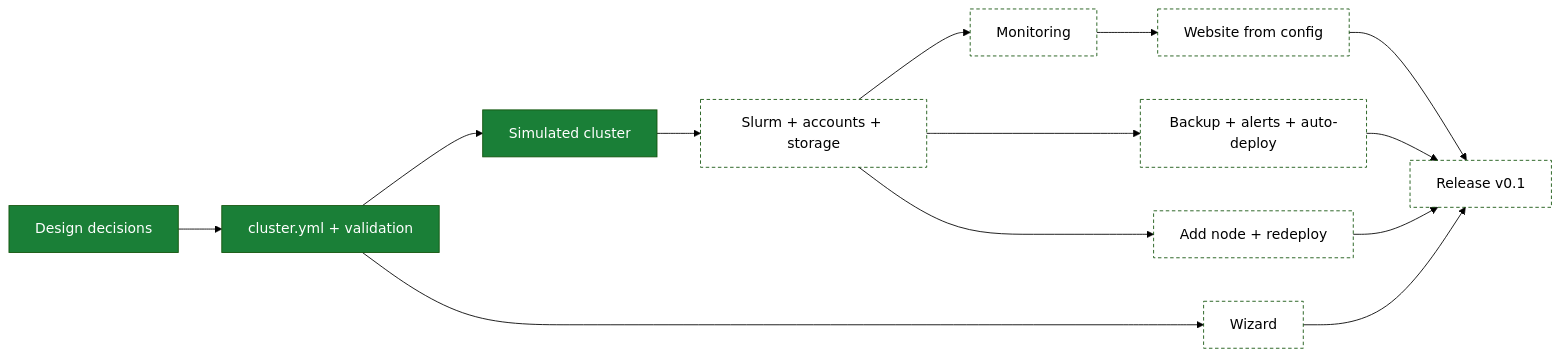
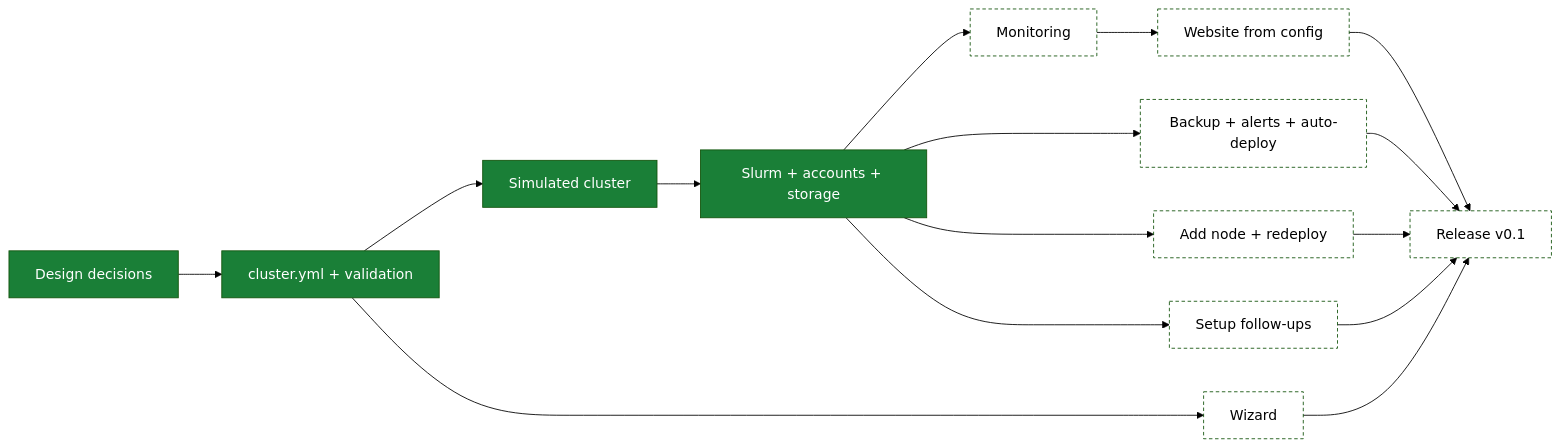
The diagram in TODO.md (enajx/nanoHPC), drawn with Mermaid (forest theme) before and after one commit. The commit also changed other lines of this file and 17 other files, not shown here.

````diff
--- a/TODO.md
+++ b/TODO.md
@@ -11,19 +11,21 @@
 ```mermaid
 flowchart LR
   classDef done fill:#1a7f37,color:#fff
   classDef wip fill:#d4a72c,color:#000
   classDef queued fill:none,stroke-dasharray:4 3
 
   D[Design decisions]:::done --> C[cluster.yml + validation]:::done
   C --> SIM[Simulated cluster]:::done
-  SIM --> S[Slurm + accounts + storage]:::queued
+  SIM --> S[Slurm + accounts + storage]:::done
   S --> M[Monitoring]:::queued
   M --> W[Website from config]:::queued
   S --> BK[Backup + alerts + auto-deploy]:::queued
   C --> WZ[Wizard]:::queued
   S --> N[Add node + redeploy]:::queued
   W --> R[Release v0.1]:::queued
   BK --> R
   WZ --> R
   N --> R
+  S --> F[Setup follow-ups]:::queued
+  F --> R
 ```
````
